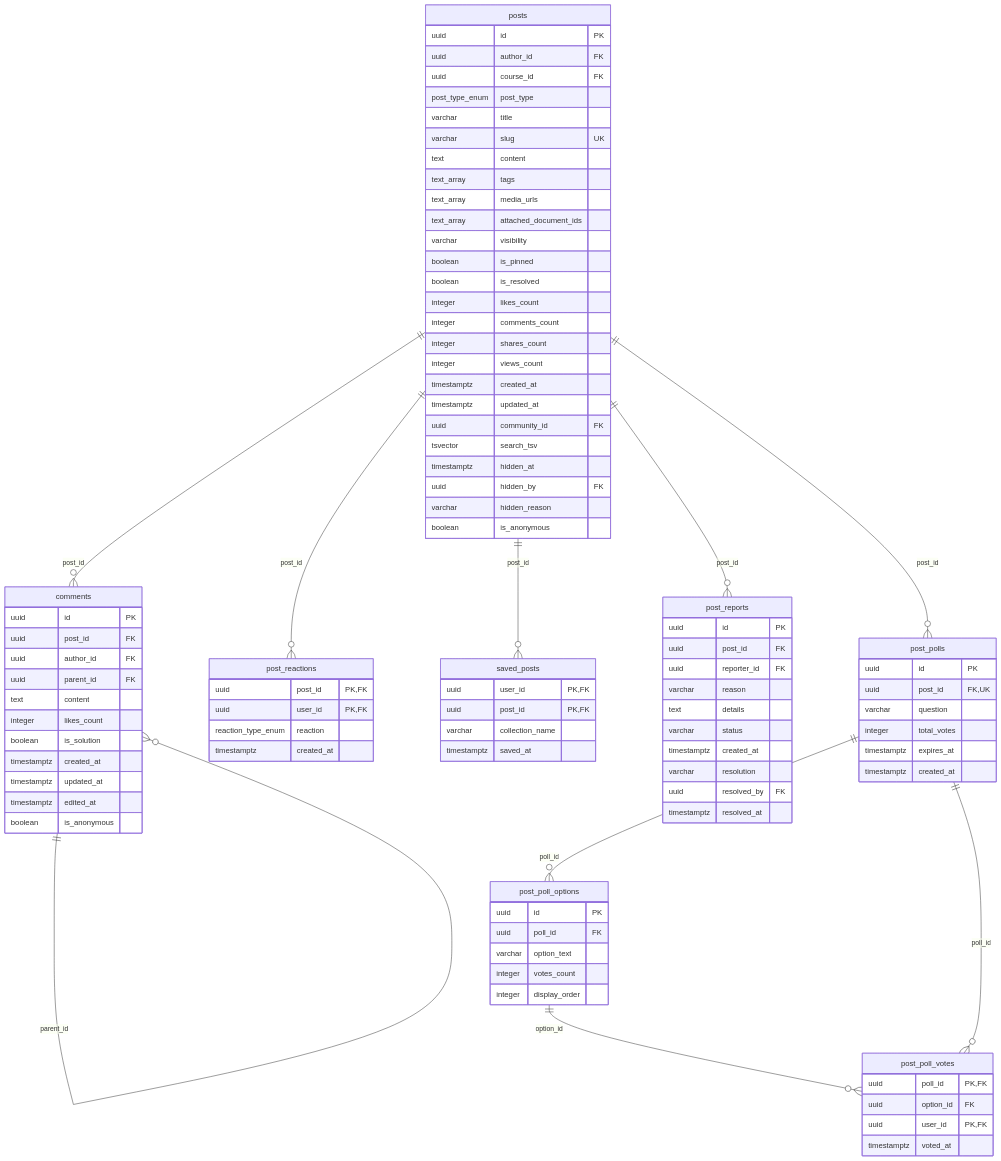
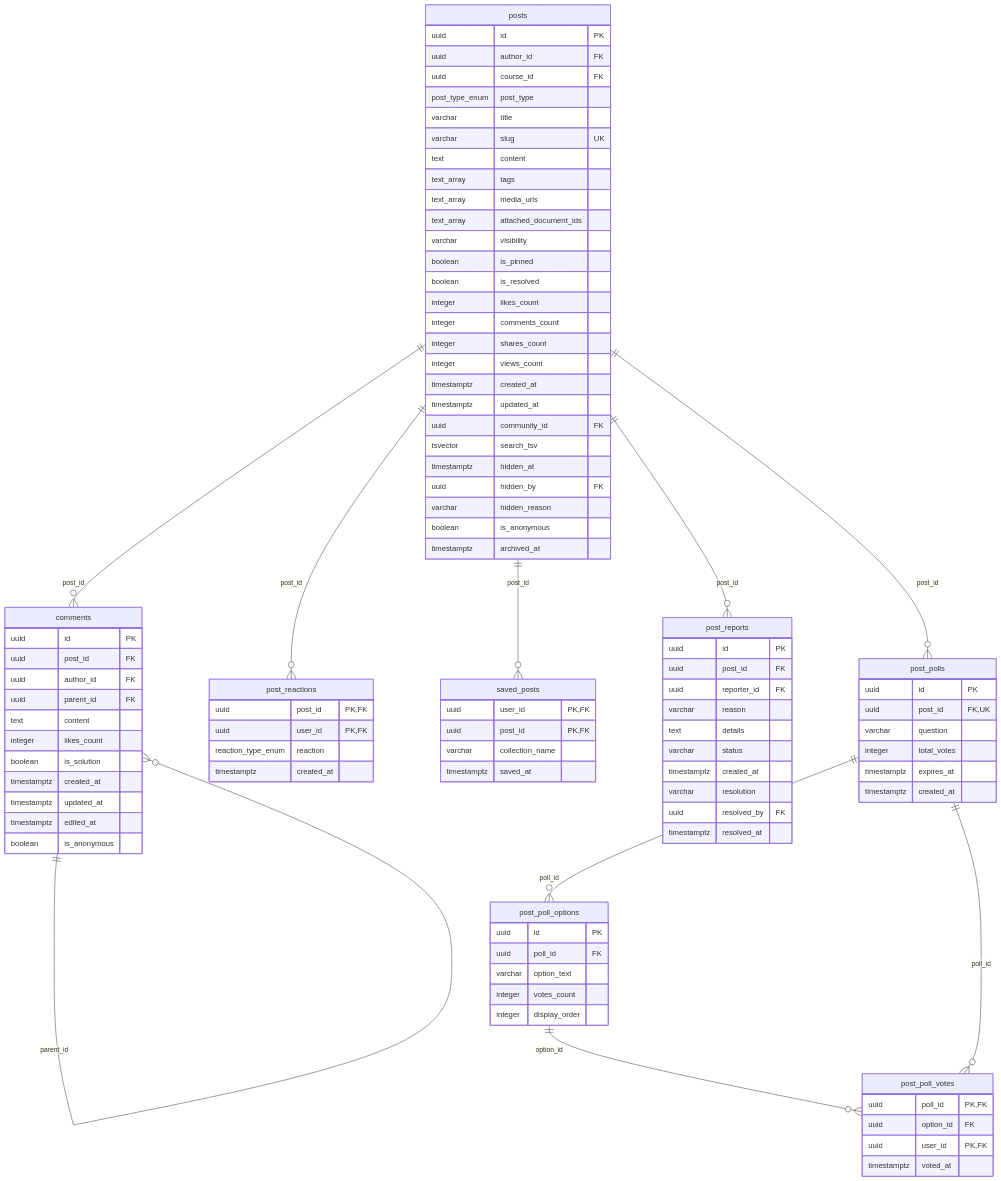
The third of 7 diagrams in docs/diagrams/04-erd.md (nhatcoi/pu-connect), drawn with Mermaid before and after one commit. The commit also changed other lines of this file and 25 other files, not shown here.

```diff
--- a/docs/diagrams/04-erd.md
+++ b/docs/diagrams/04-erd.md
@@ -287,6 +286,7 @@
     uuid hidden_by FK
     varchar hidden_reason
     boolean is_anonymous
+    timestamptz archived_at
   }
   comments {
     uuid id PK
```
